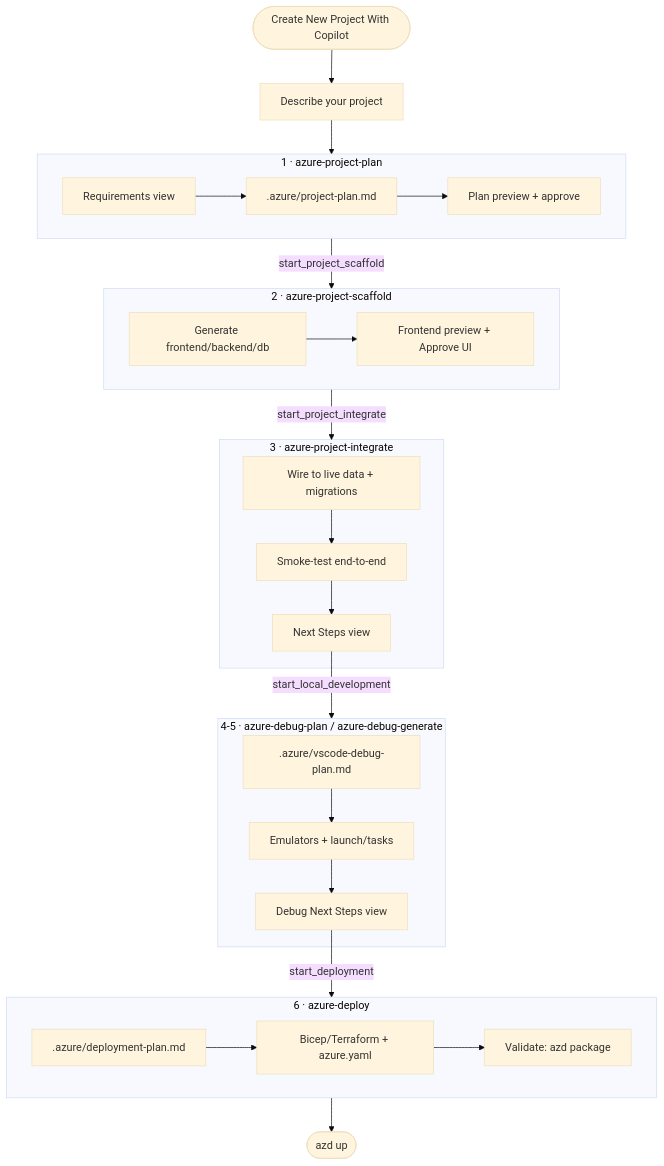
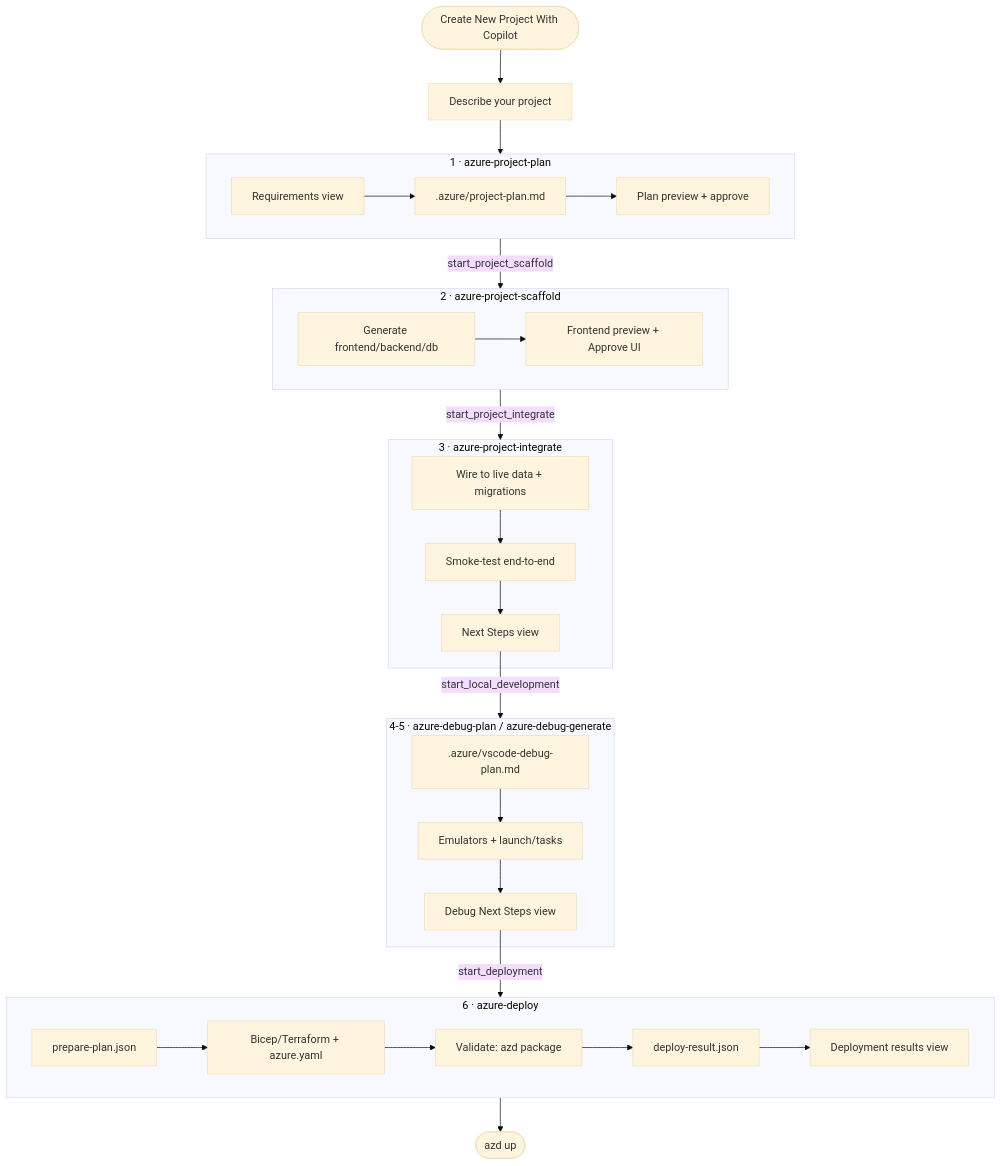
Before and after one commit to microsoft/vscode-azureresourcegroups: the diagram in docs/copilot-create-project.md, drawn with Mermaid (base theme). The commit also changed other lines of this file and 42 other files, not shown here.

Commit message:
Add a deployment results view  (#1687)

````diff
--- a/docs/copilot-create-project.md
+++ b/docs/copilot-create-project.md
@@ -69,35 +69,35 @@
 ```mermaid
 flowchart TD
     Start([Create New Project With Copilot]) --> Prompt[Describe your project]
     Prompt --> Plan
 
     subgraph Plan[1 · azure-project-plan]
         Req[Requirements view] --> PlanDoc[.azure/project-plan.md] --> PlanView[Plan preview + approve]
     end
 
     Plan -->|start_project_scaffold| Scaffold
 
     subgraph Scaffold[2 · azure-project-scaffold]
         Gen[Generate frontend/backend/db] --> Preview[Frontend preview + Approve UI]
     end
 
     Scaffold -->|start_project_integrate| Integrate
 
     subgraph Integrate[3 · azure-project-integrate]
         Wire[Wire to live data + migrations] --> Smoke[Smoke-test end-to-end] --> Next1[Next Steps view]
     end
 
     Next1 -->|start_local_development| Debug
 
     subgraph Debug[4-5 · azure-debug-plan / azure-debug-generate]
         DbgPlan[.azure/vscode-debug-plan.md] --> DbgGen[Emulators + launch/tasks] --> Next2[Debug Next Steps view]
     end
 
     Next2 -->|start_deployment| Deploy
 
     subgraph Deploy[6 · azure-deploy]
-        DepPlan[.azure/deployment-plan.md] --> Infra[Bicep/Terraform + azure.yaml] --> AzdPkg[Validate: azd package]
+        DepPlan[prepare-plan.json] --> Infra[Bicep/Terraform + azure.yaml] --> AzdPkg[Validate: azd package] --> DepResult[deploy-result.json] --> ResultView[Deployment results view]
     end
 
     Deploy --> Done([azd up])
 ```
````
